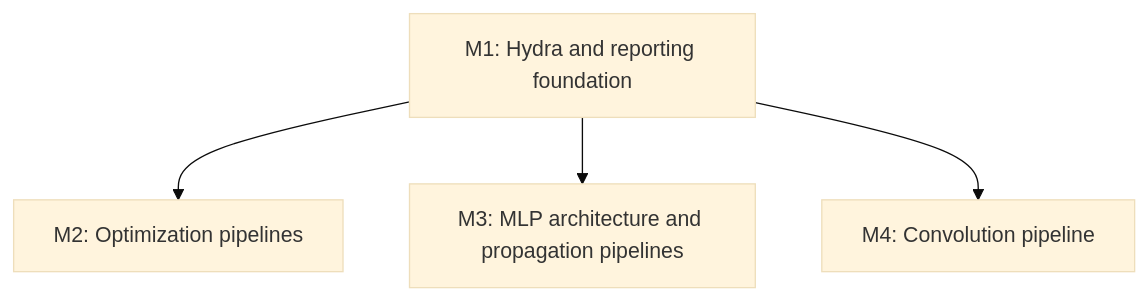
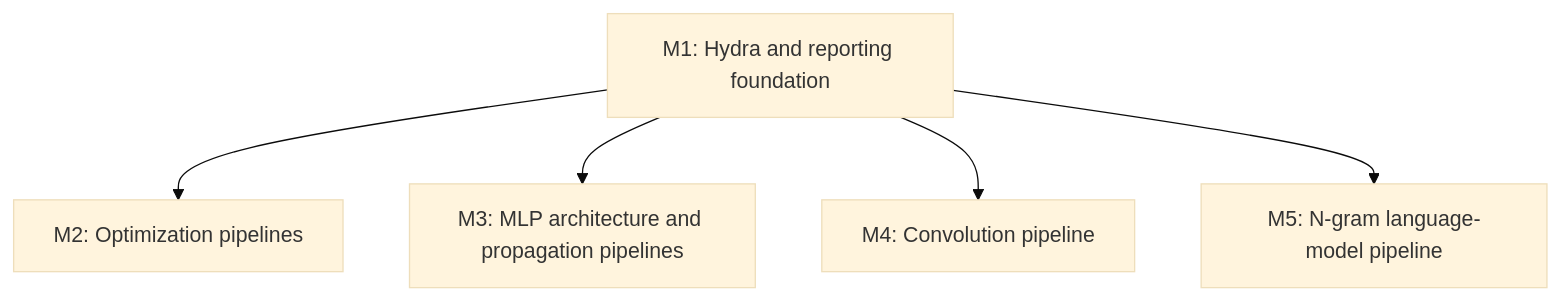
The tenth of 10 diagrams in .internal/constitution-spec.md (anton-pershin/spbu-neural-networks-teacher), drawn with Mermaid (base theme) before and after one commit. The commit also changed other lines of this file and 3 other files, not shown here.

````diff
--- a/.internal/constitution-spec.md
+++ b/.internal/constitution-spec.md
@@ -179,6 +191,7 @@
 ```mermaid
 flowchart TD
   M1["M1: Hydra and reporting foundation"] --> M2["M2: Optimization pipelines"]
   M1 --> M3["M3: MLP architecture and propagation pipelines"]
   M1 --> M4["M4: Convolution pipeline"]
+  M1 --> M5["M5: N-gram language-model pipeline"]
 ```
````
